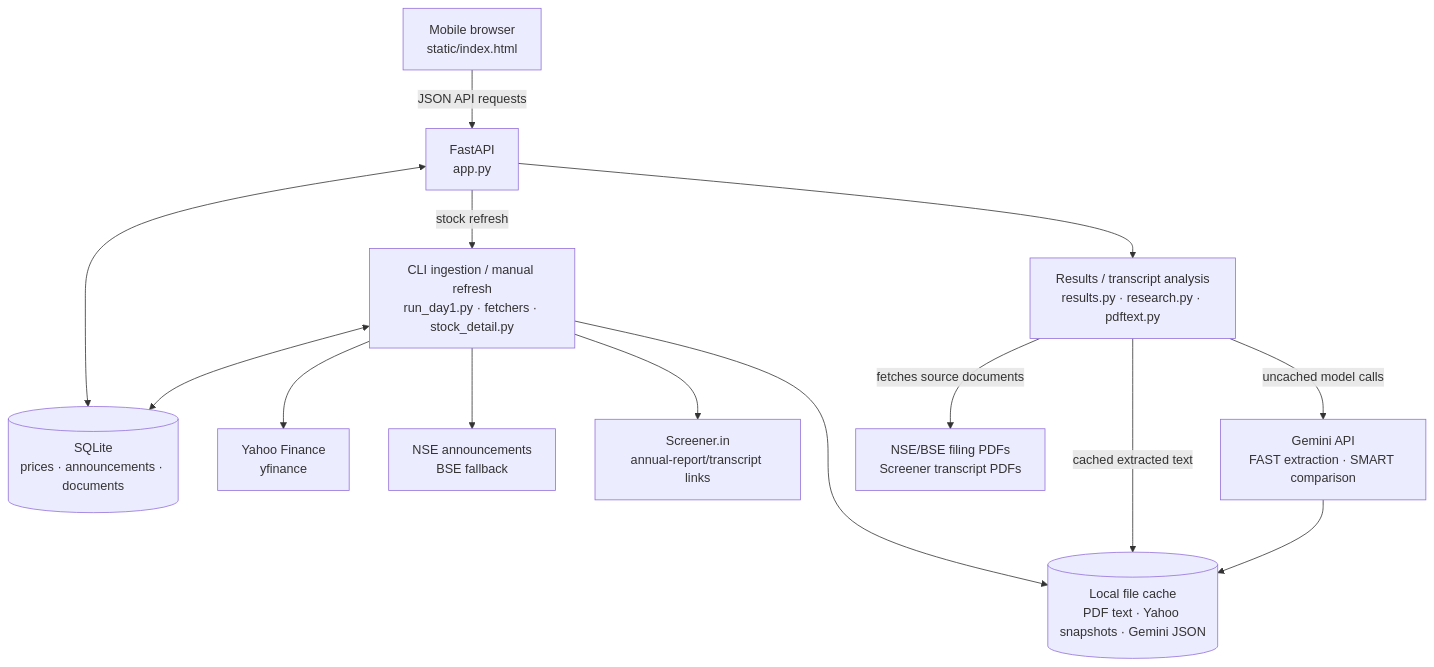
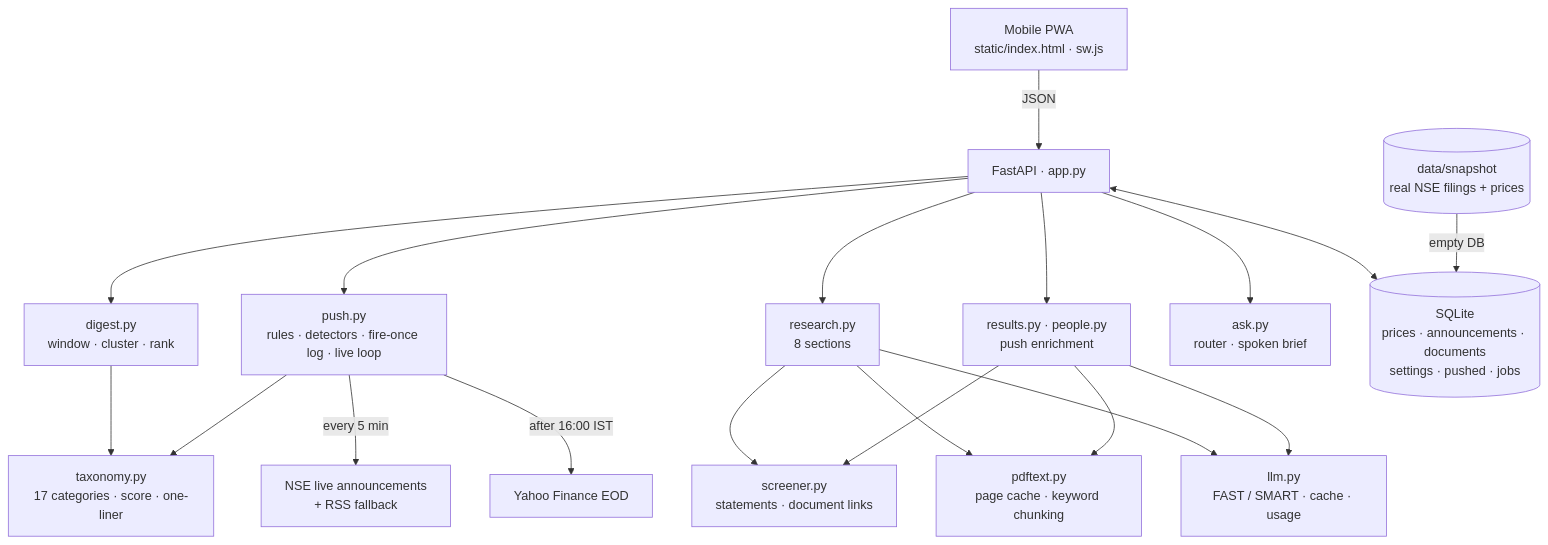
The diagram in README.md (omsrathi123/finn-investment-agent), drawn with Mermaid before and after one commit. The commit also changed other lines of this file and 36 other files, not shown here.

````diff
--- a/README.md
+++ b/README.md
@@ -21,28 +49,17 @@
 ```mermaid
 flowchart TD
-    Browser["Mobile browser<br/>static/index.html"]
-    API["FastAPI<br/>app.py"]
-    DB[("SQLite<br/>prices · announcements · documents")]
-    Cache[("Local file cache<br/>PDF text · Yahoo snapshots · Gemini JSON")]
-    Ingest["CLI ingestion / manual refresh<br/>run_day1.py · fetchers · stock_detail.py"]
-    Analysis["Results / transcript analysis<br/>results.py · research.py · pdftext.py"]
-    PDFs["NSE/BSE filing PDFs<br/>Screener transcript PDFs"]
-    Yahoo["Yahoo Finance<br/>yfinance"]
-    Exchange["NSE announcements<br/>BSE fallback"]
-    Screener["Screener.in<br/>annual-report/transcript links"]
-    Gemini["Gemini API<br/>FAST extraction · SMART comparison"]
-
-    Browser -->|"JSON API requests"| API
-    API <--> DB
-    Ingest <--> DB
-    API -->|"stock refresh"| Ingest
-    Ingest --> Yahoo
-    Ingest --> Exchange
-    Ingest --> Screener
-    Ingest --> Cache
-    API --> Analysis
-    Analysis -->|"fetches source documents"| PDFs
-    Analysis -->|"cached extracted text"| Cache
-    Analysis -->|"uncached model calls"| Gemini
-    Gemini --> Cache
+    UI["Mobile PWA<br/>static/index.html · sw.js"] -->|JSON| API["FastAPI · app.py"]
+    API --> D["digest.py<br/>window · cluster · rank"]
+    API --> P["push.py<br/>rules · detectors · fire-once log · live loop"]
+    API --> R["research.py<br/>8 sections"]
+    API --> E["results.py · people.py<br/>push enrichment"]
+    API --> A["ask.py<br/>router · spoken brief"]
+    D & P --> T["taxonomy.py<br/>17 categories · score · one-liner"]
+    P -->|every 5 min| NSE["NSE live announcements<br/>+ RSS fallback"]
+    P -->|after 16:00 IST| Y["Yahoo Finance EOD"]
+    R & E --> S["screener.py<br/>statements · document links"]
+    R & E --> PDF["pdftext.py<br/>page cache · keyword chunking"]
+    R & E --> L["llm.py<br/>FAST / SMART · cache · usage"]
+    API <--> DB[("SQLite<br/>prices · announcements · documents<br/>settings · pushed · jobs")]
+    SNAP[("data/snapshot<br/>real NSE filings + prices")] -->|empty DB| DB
 ```
````
